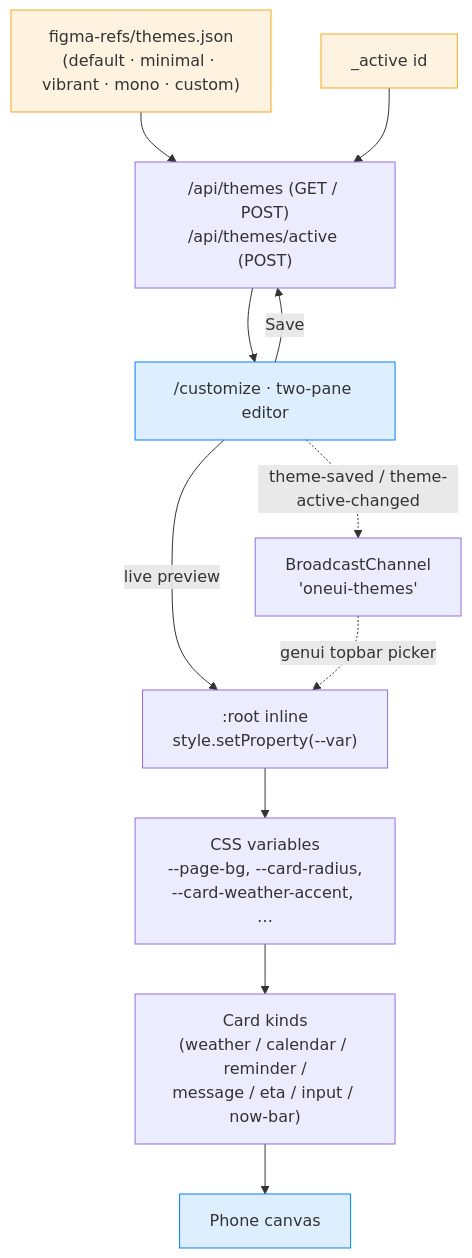
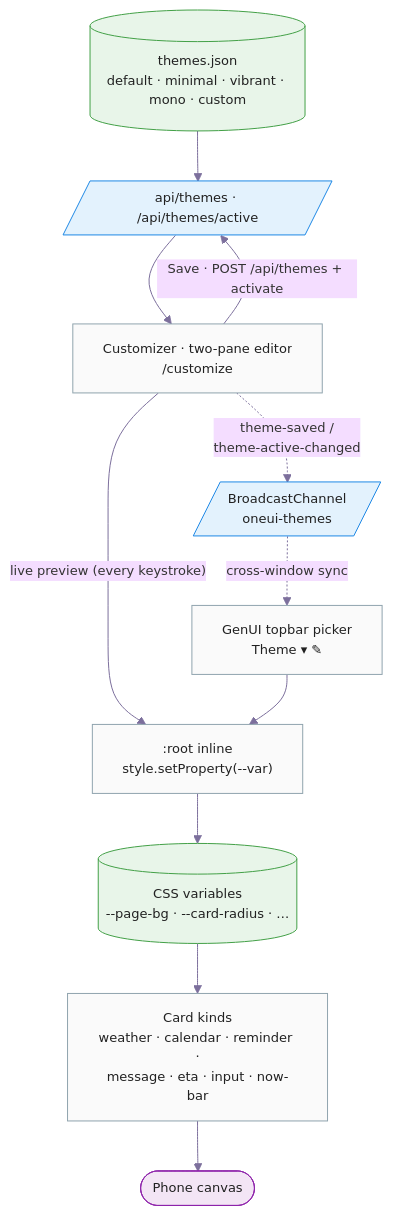
Before and after one commit to hj0325/samsung-GenUI: the seventh of 8 diagrams in README.md, drawn with Mermaid. The commit also changed other lines of this file, not shown here.

First line of the commit message:
Restyle README diagrams to FigJam Diagram-Basics design language

````diff
--- a/README.md
+++ b/README.md
@@ -245,27 +363,31 @@
 ```mermaid
+%%{init: {'theme':'base', 'themeVariables': {
+  'fontFamily':'ui-sans-serif, system-ui, sans-serif',
+  'fontSize':'13px',
+  'lineColor':'#7C6F9C'
+}}}%%
 flowchart TD
-  themes["figma-refs/themes.json<br/>(default · minimal · vibrant · mono · custom)"]
-  active["_active id"]
-  api["/api/themes (GET / POST)<br/>/api/themes/active (POST)"]
-  customize["/customize · two-pane editor"]
-  root[":root inline<br/>style.setProperty(--var)"]
-  vars["CSS variables<br/>--page-bg, --card-radius,<br/>--card-weather-accent, …"]
-  consumer["Card kinds<br/>(weather / calendar / reminder /<br/>message / eta / input / now-bar)"]
-  bc["BroadcastChannel<br/>'oneui-themes'"]
+  themes[(themes.json<br/>default · minimal · vibrant · mono · custom)]:::data
+  api[/api/themes · /api/themes/active/]:::io
+  customize[Customizer · two-pane editor<br/>/customize]:::proc
+  root[":root inline<br/>style.setProperty(--var)"]:::proc
+  vars[(CSS variables<br/>--page-bg · --card-radius · …)]:::data
+  consumer[Card kinds<br/>weather · calendar · reminder ·<br/>message · eta · input · now-bar]:::proc
+  bc[/BroadcastChannel<br/>oneui-themes/]:::io
+  topbar[GenUI topbar picker<br/>Theme ▾ ✎]:::proc
+  canvas([Phone canvas]):::start
 
   themes --> api
-  active --> api
   api --> customize
-  customize -- live preview --> root
-  customize -- Save --> api
-  customize -. theme-saved / theme-active-changed .-> bc
-  bc -. genui topbar picker .-> root
-  root --> vars
-  vars --> consumer
-  consumer --> canvas[Phone canvas]
+  customize -- "live preview (every keystroke)" --> root
+  customize -- "Save · POST /api/themes + activate" --> api
+  customize -. "theme-saved /<br/>theme-active-changed" .-> bc
+  bc -. "cross-window sync" .-> topbar
+  topbar --> root
+  root --> vars --> consumer --> canvas
 
-  classDef store fill:#F5A62322,stroke:#F5A623
-  classDef ui fill:#0381FE22,stroke:#0381FE
-  class themes,active store
-  class customize,canvas ui
+  classDef start fill:#F3E5F5,stroke:#8E24AA,color:#212121
+  classDef proc  fill:#FAFAFA,stroke:#90A4AE,color:#212121
+  classDef io    fill:#E3F2FD,stroke:#1E88E5,color:#212121
+  classDef data  fill:#E8F5E9,stroke:#43A047,color:#212121
 ```
````
